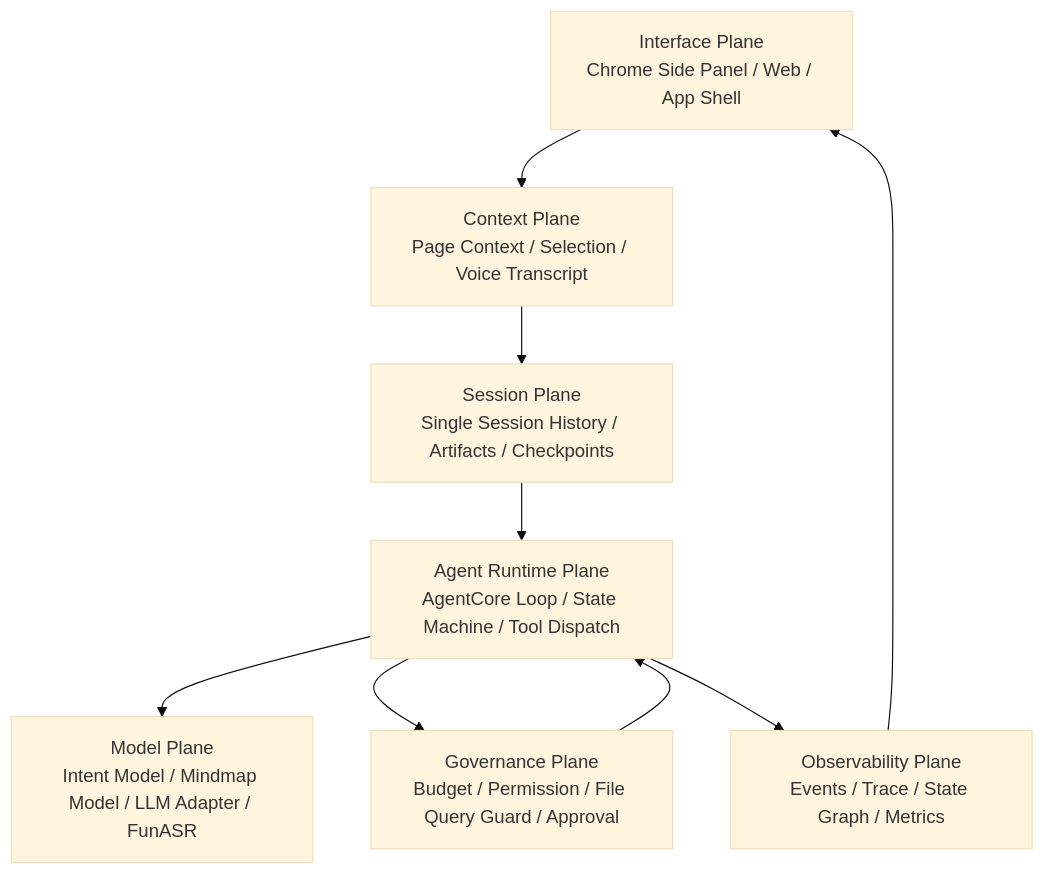
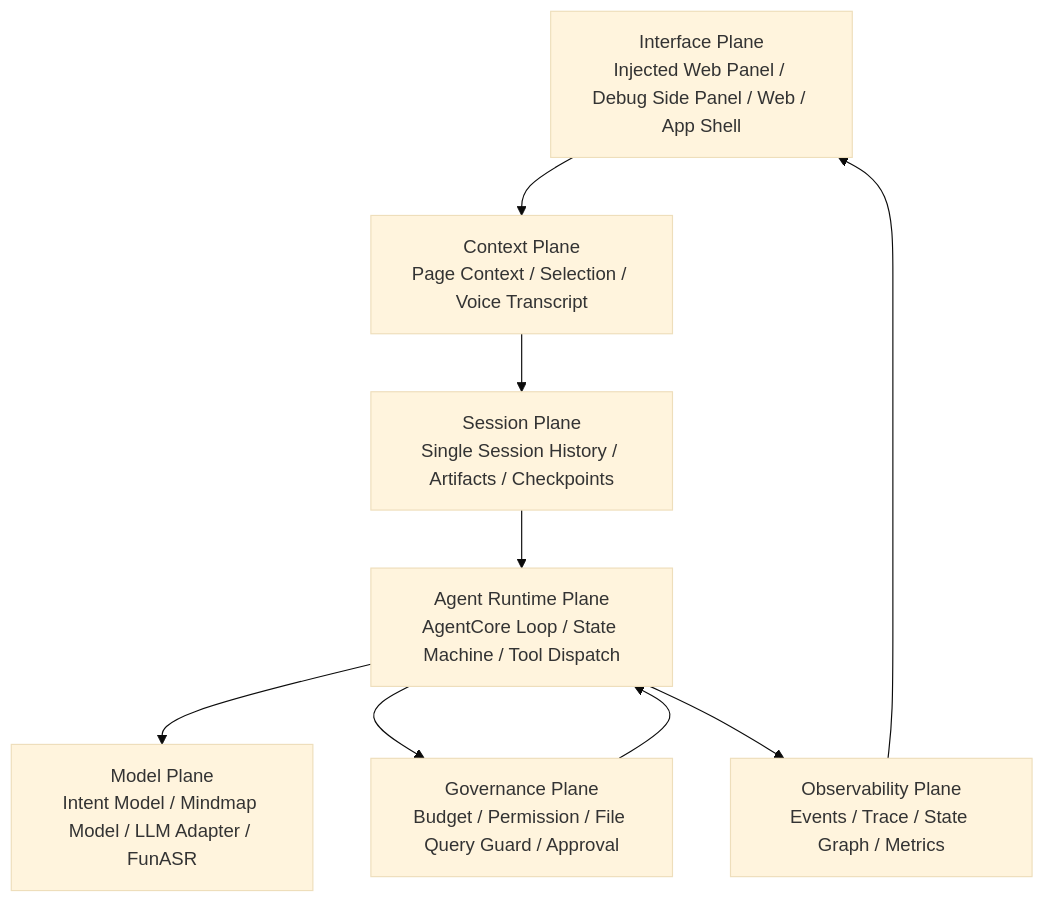
Before and after one commit to zhouhouze/mercury: the first of 3 diagrams in docs/navia_v1_project_docs/02-architecture.md, drawn with Mermaid (base theme). The commit also changed other lines of this file and 89 other files, not shown here.

````diff
--- a/docs/navia_v1_project_docs/02-architecture.md
+++ b/docs/navia_v1_project_docs/02-architecture.md
@@ -73,19 +73,19 @@
 ```mermaid
 flowchart TB
-    A[Interface Plane<br/>Chrome Side Panel / Web / App Shell]
+    A[Interface Plane<br/>Injected Web Panel / Debug Side Panel / Web / App Shell]
     B[Context Plane<br/>Page Context / Selection / Voice Transcript]
     C[Session Plane<br/>Single Session History / Artifacts / Checkpoints]
     D[Agent Runtime Plane<br/>AgentCore Loop / State Machine / Tool Dispatch]
     E[Model Plane<br/>Intent Model / Mindmap Model / LLM Adapter / FunASR]
     F[Governance Plane<br/>Budget / Permission / File Query Guard / Approval]
     G[Observability Plane<br/>Events / Trace / State Graph / Metrics]
 
     A --> B
     B --> C
     C --> D
     D --> E
     D --> F
     D --> G
     F --> D
     G --> A
 ```
````
